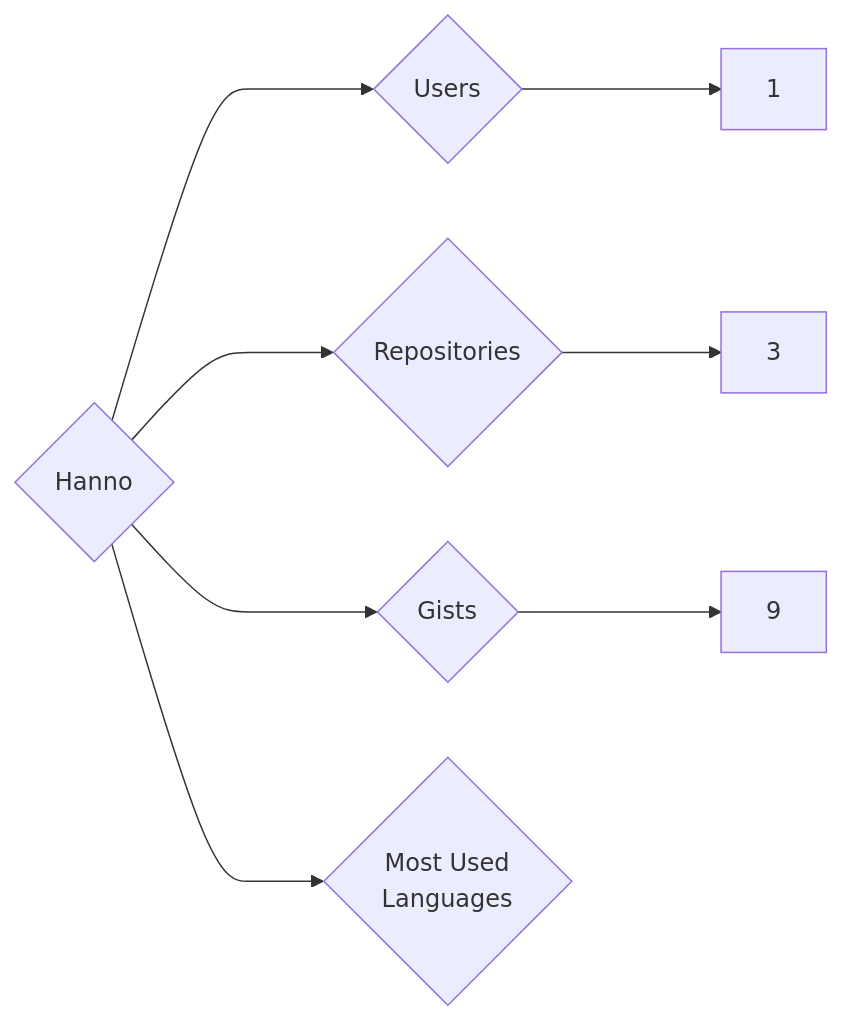
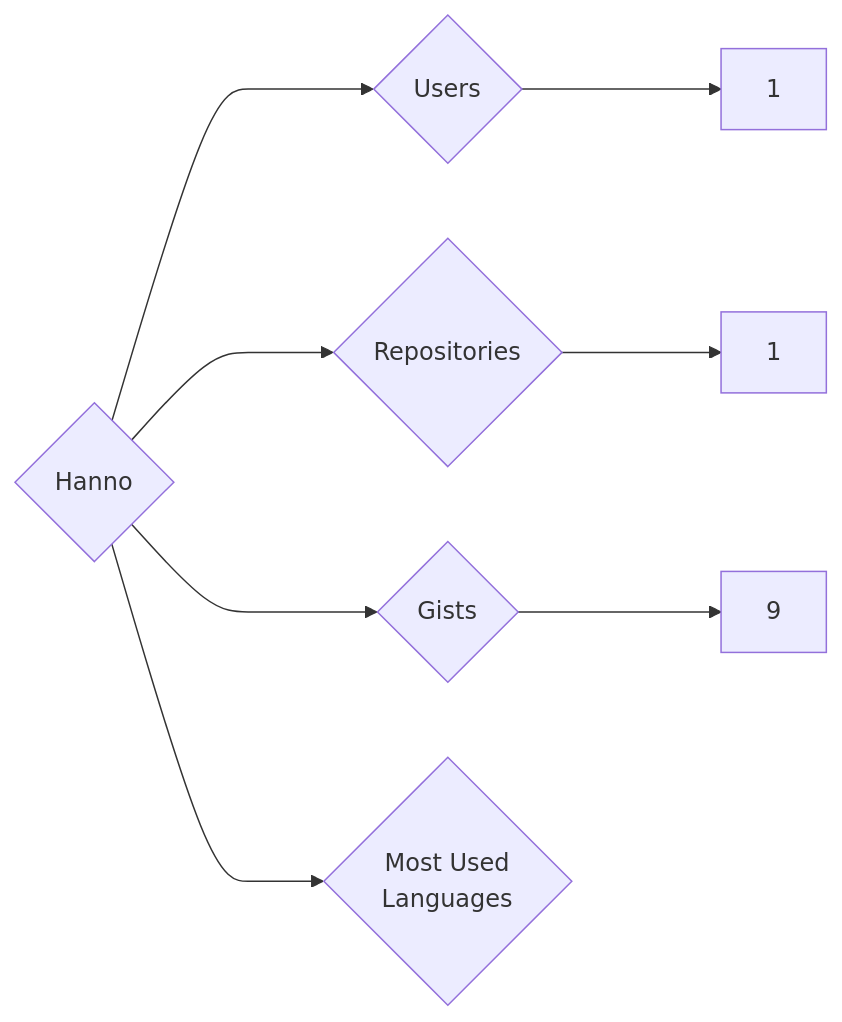
One commit to trickest/insiders changed the diagram in targets/Hanno/README.md. Above: the diagram before and after it, drawn with Mermaid. The commit also changed 1120 other files, not shown here.

````diff
--- a/targets/Hanno/README.md
+++ b/targets/Hanno/README.md
@@ -3,8 +3,8 @@
 ```mermaid
 graph LR
 COMPANY_NAME{Hanno}
 COMPANY_NAME ---> U{Users} ---> UN[1]
-COMPANY_NAME ---> R{Repositories} ---> RN[3]
+COMPANY_NAME ---> R{Repositories} ---> RN[1]
 COMPANY_NAME ---> G{Gists} ---> GN[9]
 COMPANY_NAME ---> ML{Most Used<br>Languages}
 ```
````
